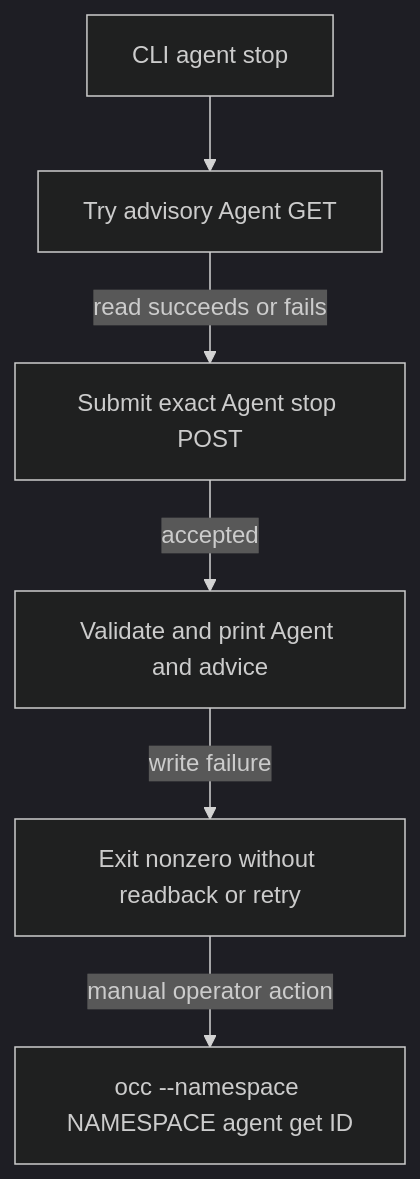
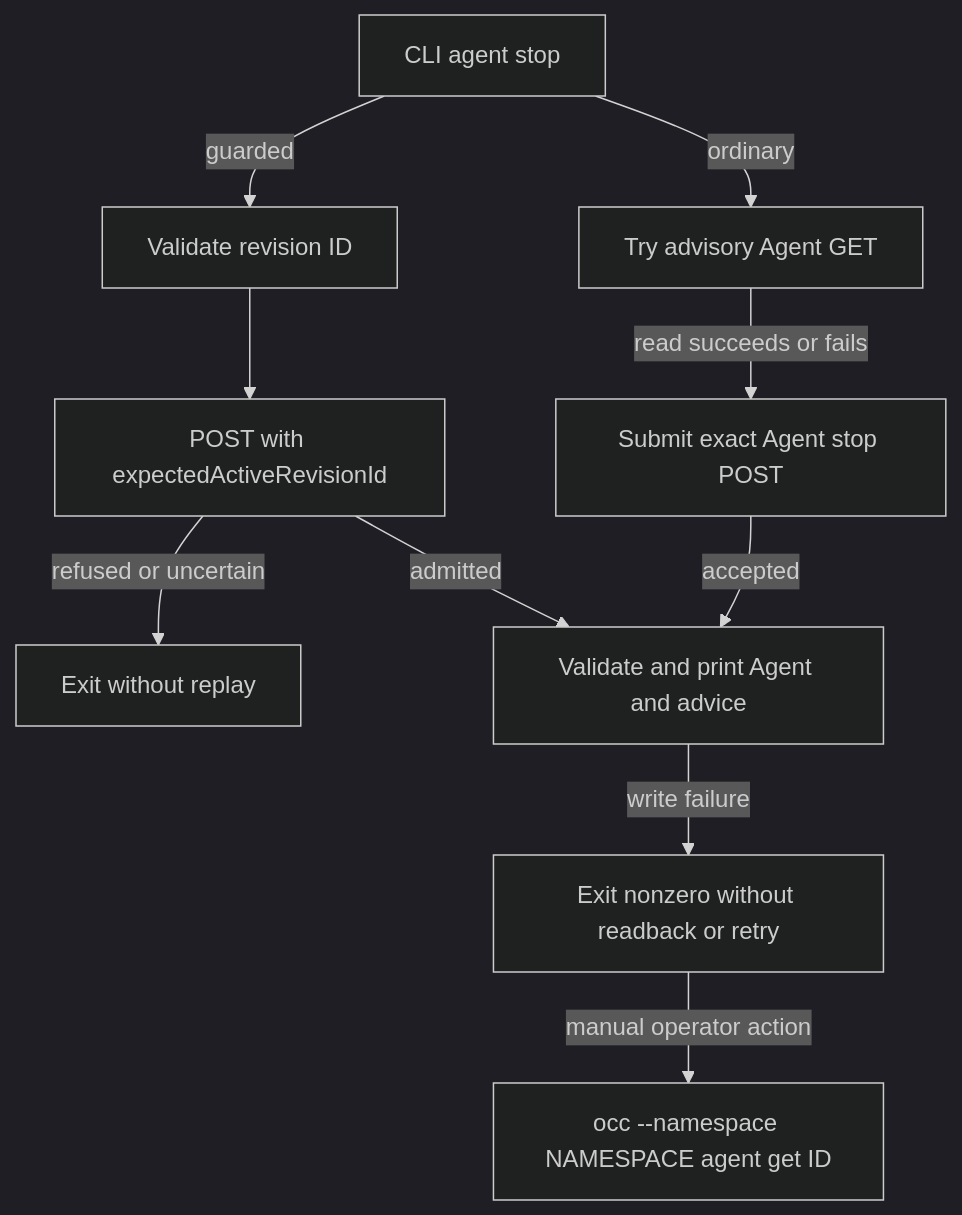
Before and after one commit to openclaw/openclaw-enterprise: the second of 2 diagrams in docs/flows/platform-console/agent-stop-and-deletion.md, drawn with Mermaid (dark theme). The commit also changed other lines of this file and 17 other files, not shown here.

Commit message:
feat(agent): guard stop admission by active revision

````diff
--- a/docs/flows/platform-console/agent-stop-and-deletion.md
+++ b/docs/flows/platform-console/agent-stop-and-deletion.md
@@ -48,8 +48,12 @@
 ```mermaid
 graph TD
-  CLI["CLI agent stop"] --> READ["Try advisory Agent GET"]
+  CLI["CLI agent stop"] -->|ordinary| READ["Try advisory Agent GET"]
+  CLI -->|guarded| GUARD["Validate revision ID"]
+  GUARD --> QUERY["POST with expectedActiveRevisionId"]
   READ -->|read succeeds or fails| POST["Submit exact Agent stop POST"]
+  QUERY -->|refused or uncertain| FAIL["Exit without replay"]
+  QUERY -->|admitted| OUT
   POST -->|accepted| OUT["Validate and print Agent and advice"]
   OUT -->|write failure| ERR["Exit nonzero without readback or retry"]
   ERR -->|manual operator action| GET["occ --namespace NAMESPACE agent get ID"]
 ```
````
